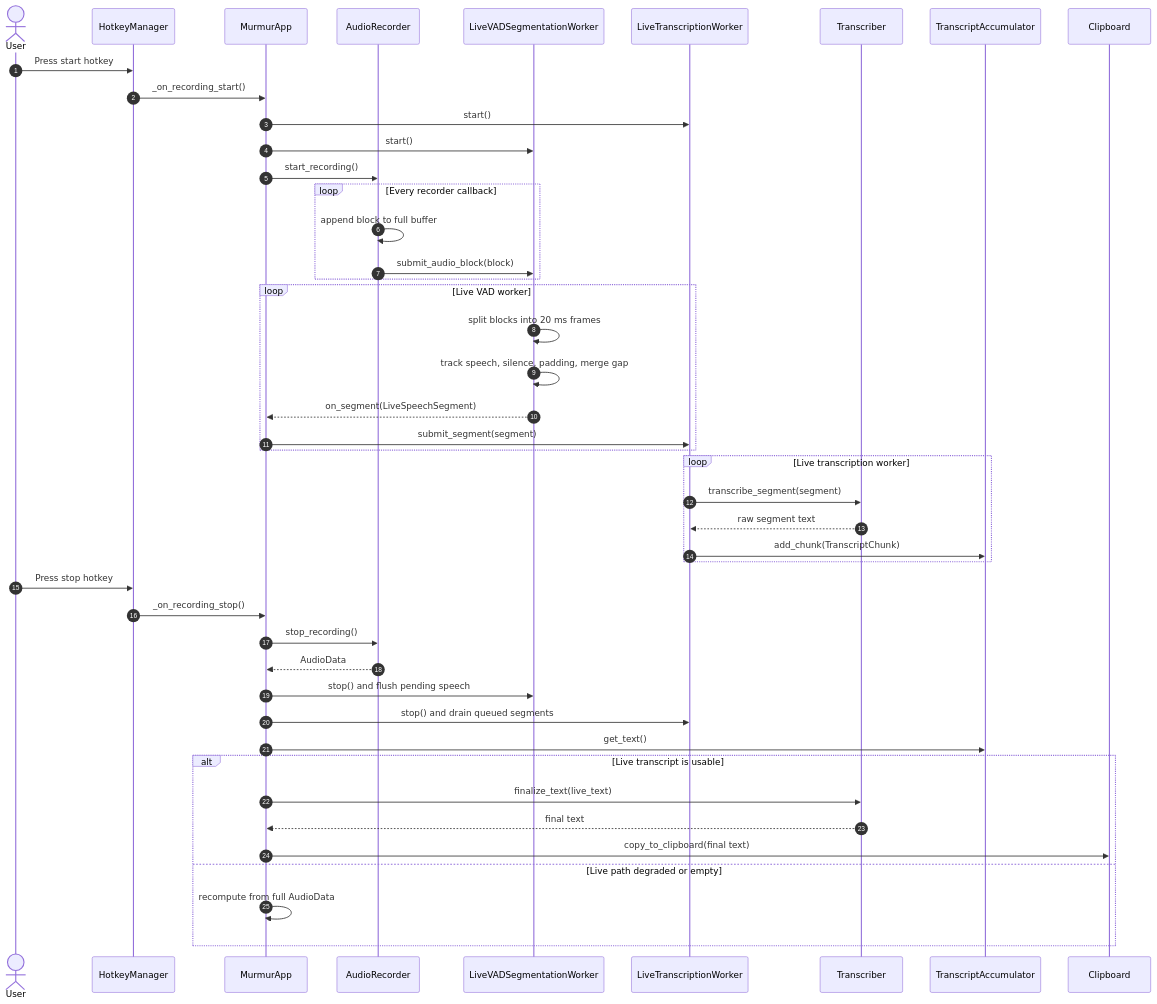
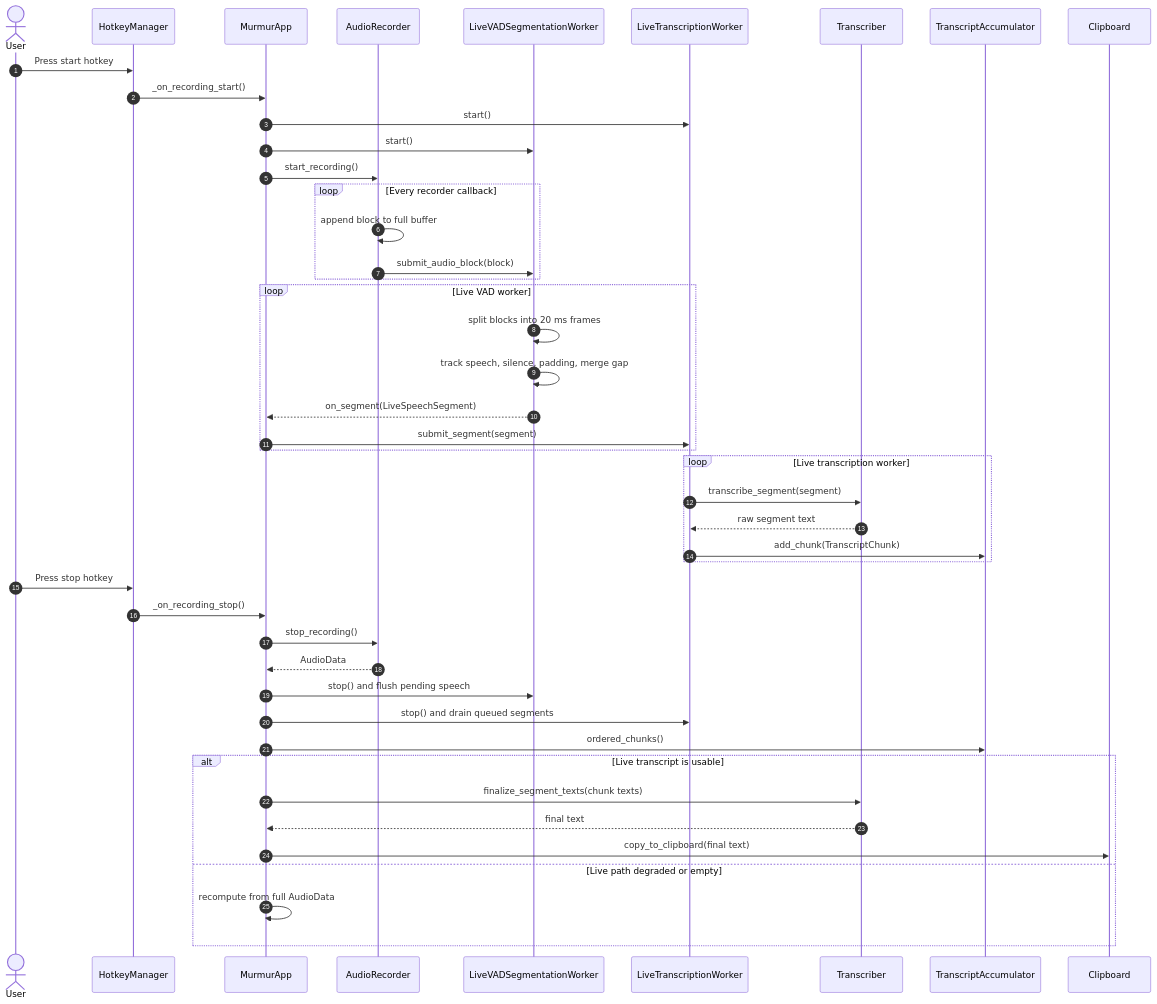
Before and after one commit to laceyp99/murmur: the first of 2 diagrams in docs/live-pipeline.md, drawn with Mermaid. The commit also changed other lines of this file and 6 other files, not shown here.

````diff
--- a/docs/live-pipeline.md
+++ b/docs/live-pipeline.md
@@ -11,53 +11,53 @@
 ```mermaid
 sequenceDiagram
     autonumber
     actor User
     participant Hotkey as HotkeyManager
     participant App as MurmurApp
     participant Recorder as AudioRecorder
     participant LiveVAD as LiveVADSegmentationWorker
     participant LiveWhisper as LiveTranscriptionWorker
     participant Transcriber as Transcriber
     participant Accumulator as TranscriptAccumulator
     participant Clipboard as Clipboard
 
     User->>Hotkey: Press start hotkey
     Hotkey->>App: _on_recording_start()
     App->>LiveWhisper: start()
     App->>LiveVAD: start()
     App->>Recorder: start_recording()
 
     loop Every recorder callback
         Recorder->>Recorder: append block to full buffer
         Recorder->>LiveVAD: submit_audio_block(block)
     end
 
     loop Live VAD worker
         LiveVAD->>LiveVAD: split blocks into 20 ms frames
         LiveVAD->>LiveVAD: track speech, silence, padding, merge gap
         LiveVAD-->>App: on_segment(LiveSpeechSegment)
         App->>LiveWhisper: submit_segment(segment)
     end
 
     loop Live transcription worker
         LiveWhisper->>Transcriber: transcribe_segment(segment)
         Transcriber-->>LiveWhisper: raw segment text
         LiveWhisper->>Accumulator: add_chunk(TranscriptChunk)
     end
 
     User->>Hotkey: Press stop hotkey
     Hotkey->>App: _on_recording_stop()
     App->>Recorder: stop_recording()
     Recorder-->>App: AudioData
     App->>LiveVAD: stop() and flush pending speech
     App->>LiveWhisper: stop() and drain queued segments
-    App->>Accumulator: get_text()
+    App->>Accumulator: ordered_chunks()
 
     alt Live transcript is usable
-        App->>Transcriber: finalize_text(live_text)
+        App->>Transcriber: finalize_segment_texts(chunk texts)
         Transcriber-->>App: final text
         App->>Clipboard: copy_to_clipboard(final text)
     else Live path degraded or empty
         App->>App: recompute from full AudioData
     end
 ```
````
